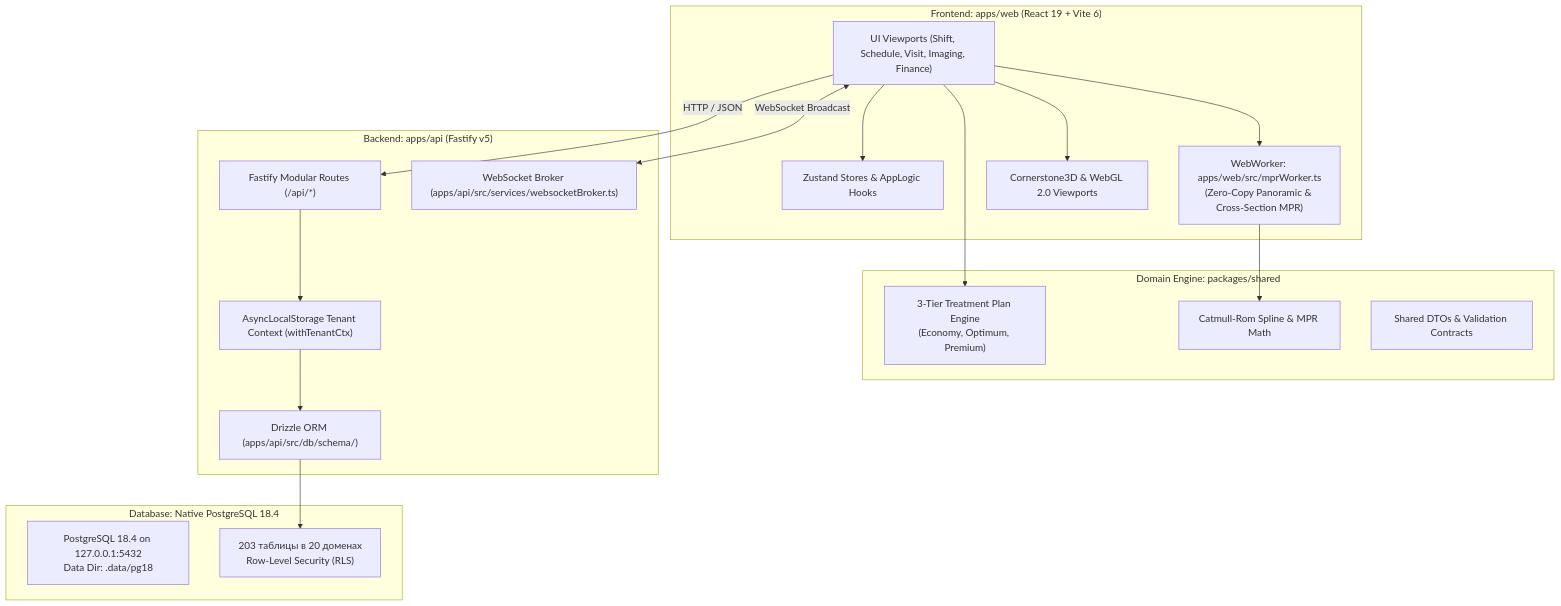
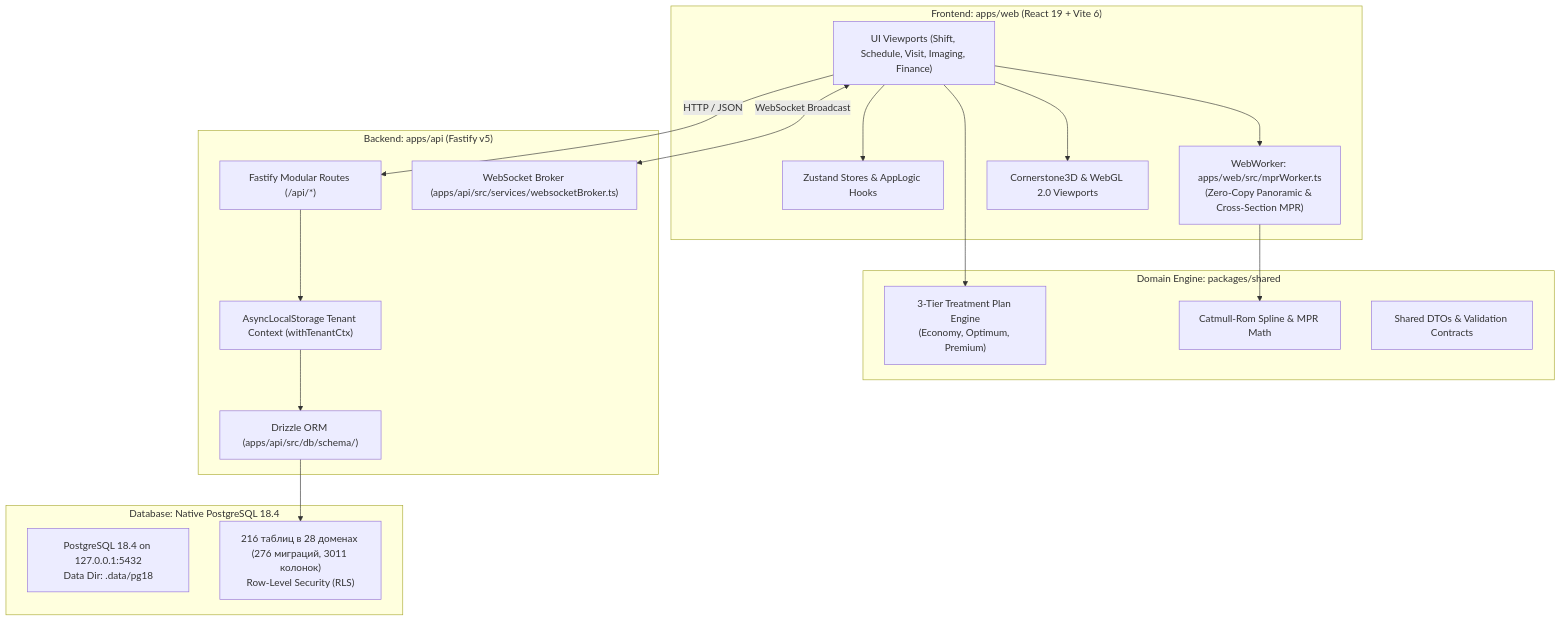
The first of 2 diagrams in ARCHITECTURE.md (marko1olo/dental-crm), drawn with Mermaid before and after one commit. The commit also changed other lines of this file and 58 other files, not shown here.

````diff
--- a/ARCHITECTURE.md
+++ b/ARCHITECTURE.md
@@ -24,38 +24,38 @@
 ```mermaid
 graph TD
     subgraph Client["Frontend: apps/web (React 19 + Vite 6)"]
         UI["UI Viewports (Shift, Schedule, Visit, Imaging, Finance)"]
         Zustand["Zustand Stores & AppLogic Hooks"]
         Worker["WebWorker: apps/web/src/mprWorker.ts<br/>(Zero-Copy Panoramic & Cross-Section MPR)"]
         Cornerstone["Cornerstone3D & WebGL 2.0 Viewports"]
     end
 
     subgraph Shared["Domain Engine: packages/shared"]
         PlanEngine["3-Tier Treatment Plan Engine<br/>(Economy, Optimum, Premium)"]
         MprMath["Catmull-Rom Spline & MPR Math"]
         ZodSchemas["Shared DTOs & Validation Contracts"]
     end
 
     subgraph Server["Backend: apps/api (Fastify v5)"]
         API["Fastify Modular Routes (/api/*)"]
         WS["WebSocket Broker (apps/api/src/services/websocketBroker.ts)"]
         RLS["AsyncLocalStorage Tenant Context (withTenantCtx)"]
         Drizzle["Drizzle ORM (apps/api/src/db/schema/)"]
     end
 
     subgraph Storage["Database: Native PostgreSQL 18.4"]
         PG["PostgreSQL 18.4 on 127.0.0.1:5432<br/>Data Dir: .data/pg18"]
-        Tables["203 таблицы в 20 доменах<br/>Row-Level Security (RLS)"]
+        Tables["216 таблиц в 28 доменах (276 миграций, 3011 колонок)<br/>Row-Level Security (RLS)"]
     end
 
     UI --> Zustand
     UI --> Worker
     UI --> Cornerstone
     Worker --> MprMath
     UI --> PlanEngine
     UI -->|HTTP / JSON| API
     UI <-->|WebSocket Broadcast| WS
     API --> RLS
     RLS --> Drizzle
     Drizzle --> Tables
 ```
````
